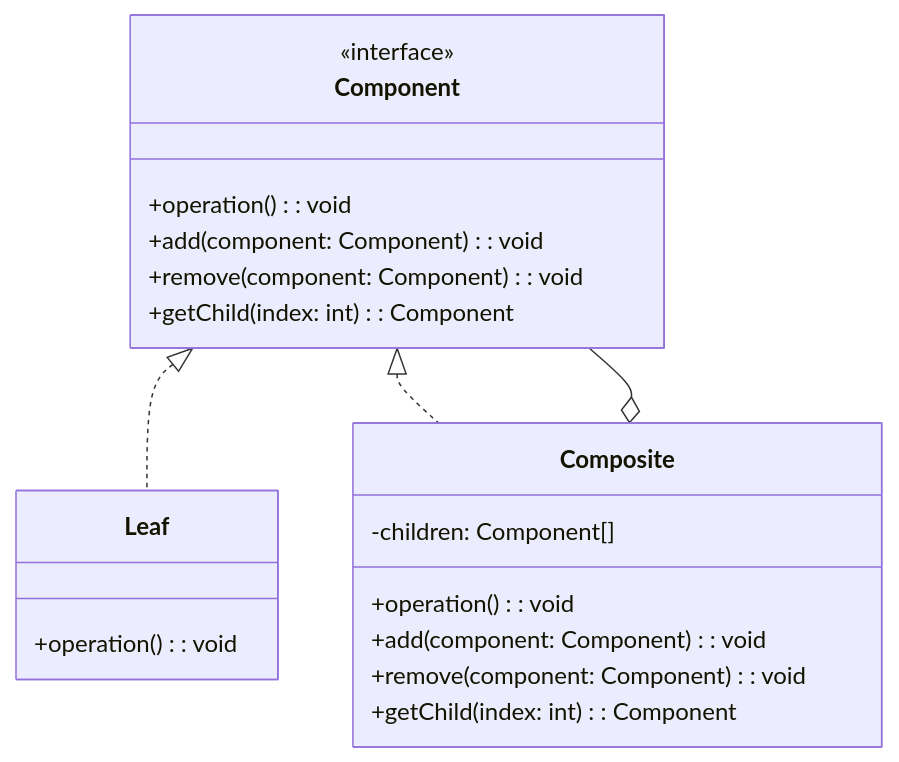
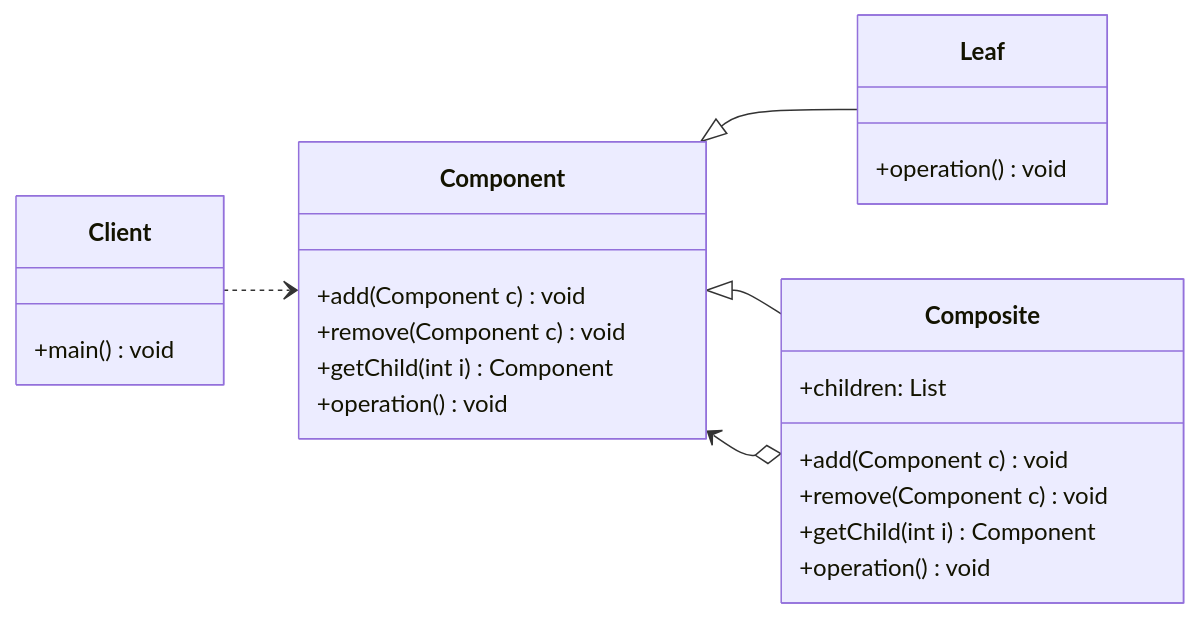
One commit to InfiniteAstral/notes changed the seventh of 11 diagrams in 计算机科学/面向对象设计与Java编程/9 设计模式/9-1 设计模式概述.md. Above: the diagram before and after it, drawn with Mermaid. The commit also changed other lines of this file, not shown here.

Commit message:
feat: update mermaid class diagram 计算机科学/面向对象设计与Java编程/9 设计模式/9-1 设计模式概述.md

````diff
--- a/计算机科学/面向对象设计与Java编程/9 设计模式/9-1 设计模式概述.md
+++ b/计算机科学/面向对象设计与Java编程/9 设计模式/9-1 设计模式概述.md
@@ -228,24 +302,28 @@
 ```mermaid
 classDiagram
-    class Component {
-        <<interface>>
-        +operation(): void
-        +add(component: Component): void
-        +remove(component: Component): void
-        +getChild(index: int): Component
-    }
-    class Leaf {
-        +operation(): void
-    }
-    class Composite {
-        -children: Component[]
-        +operation(): void
-        +add(component: Component): void
-        +remove(component: Component): void
-        +getChild(index: int): Component
-    }
+  direction LR
+  class Client {
+    +main() void
+  }
+  class Component {
+    +add(Component c) void
+    +remove(Component c) void
+    +getChild(int i) Component
+    +operation() void
+  }
+  class Leaf {
+    +operation() void
+  }
+  class Composite {
+    +children: List<Component>
+    +add(Component c) void
+    +remove(Component c) void
+    +getChild(int i) Component
+    +operation() void
+  }
 
-    Component <|.. Leaf
-    Component <|.. Composite
-    Composite o-- Component
+  Client ..> Component
+  Component <|-- Leaf
+  Component <|-- Composite
+  Component <--o Composite
 ```
````
